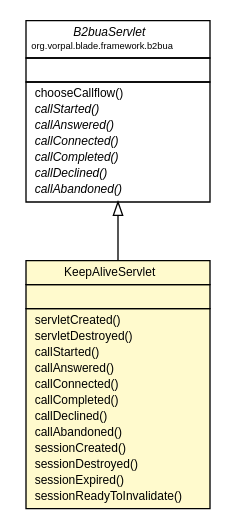
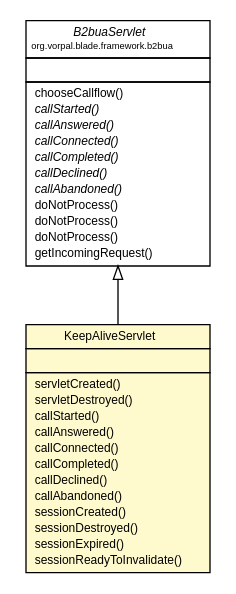
One commit to vorpalnet/vorpalnet.github.io changed the diagram in blade/vorpal-blade-keep-alive/org/vorpal/blade/services/keepalive/KeepAliveServlet.dot. Above: the diagram before and after it, drawn with Graphviz. The commit also changed 2723 other files, not shown here.

```diff
--- a/blade/vorpal-blade-keep-alive/org/vorpal/blade/services/keepalive/KeepAliveServlet.dot
+++ b/blade/vorpal-blade-keep-alive/org/vorpal/blade/services/keepalive/KeepAliveServlet.dot
@@ -1,56 +1,60 @@
 #!/usr/local/bin/dot
 #
 # Class diagram 
 # Generated by UMLGraph version 5.2 (http://www.umlgraph.org/)
 #
 
 digraph G {
 	edge [fontname="Helvetica",fontsize=10,labelfontname="Helvetica",labelfontsize=10];
 	node [fontname="Helvetica",fontsize=10,shape=plaintext];
 	nodesep=0.25;
 	ranksep=0.5;
 	// org.vorpal.blade.services.keepalive.KeepAliveServlet
-	c41 [label=<<table title="org.vorpal.blade.services.keepalive.KeepAliveServlet" border="0" cellborder="1" cellspacing="0" cellpadding="2" port="p" bgcolor="lemonChiffon" href="./KeepAliveServlet.html">
+	c42 [label=<<table title="org.vorpal.blade.services.keepalive.KeepAliveServlet" border="0" cellborder="1" cellspacing="0" cellpadding="2" port="p" bgcolor="lemonChiffon" href="./KeepAliveServlet.html">
 		<tr><td><table border="0" cellspacing="0" cellpadding="1">
 <tr><td align="center" balign="center"> KeepAliveServlet </td></tr>
 		</table></td></tr>
 		<tr><td><table border="0" cellspacing="0" cellpadding="1">
 <tr><td align="left" balign="left">  </td></tr>
 		</table></td></tr>
 		<tr><td><table border="0" cellspacing="0" cellpadding="1">
 <tr><td align="left" balign="left">  servletCreated() </td></tr>
 <tr><td align="left" balign="left">  servletDestroyed() </td></tr>
 <tr><td align="left" balign="left">  callStarted() </td></tr>
 <tr><td align="left" balign="left">  callAnswered() </td></tr>
 <tr><td align="left" balign="left">  callConnected() </td></tr>
 <tr><td align="left" balign="left">  callCompleted() </td></tr>
 <tr><td align="left" balign="left">  callDeclined() </td></tr>
 <tr><td align="left" balign="left">  callAbandoned() </td></tr>
 <tr><td align="left" balign="left">  sessionCreated() </td></tr>
 <tr><td align="left" balign="left">  sessionDestroyed() </td></tr>
 <tr><td align="left" balign="left">  sessionExpired() </td></tr>
 <tr><td align="left" balign="left">  sessionReadyToInvalidate() </td></tr>
 		</table></td></tr>
 		</table>>, fontname="Helvetica", fontcolor="black", fontsize=9.0];
 	//org.vorpal.blade.services.keepalive.KeepAliveServlet extends org.vorpal.blade.framework.b2bua.B2buaServlet
-	c48:p -> c41:p [dir=back,arrowtail=empty];
+	c49:p -> c42:p [dir=back,arrowtail=empty];
 	// org.vorpal.blade.framework.b2bua.B2buaServlet
-	c48 [label=<<table title="org.vorpal.blade.framework.b2bua.B2buaServlet" border="0" cellborder="1" cellspacing="0" cellpadding="2" port="p" href="http://java.sun.com/j2se/1.4.2/docs/api/org/vorpal/blade/framework/b2bua/B2buaServlet.html">
+	c49 [label=<<table title="org.vorpal.blade.framework.b2bua.B2buaServlet" border="0" cellborder="1" cellspacing="0" cellpadding="2" port="p" href="http://java.sun.com/j2se/1.4.2/docs/api/org/vorpal/blade/framework/b2bua/B2buaServlet.html">
 		<tr><td><table border="0" cellspacing="0" cellpadding="1">
 <tr><td align="center" balign="center"><font face="Helvetica-Oblique"> B2buaServlet </font></td></tr>
 <tr><td align="center" balign="center"><font point-size="7.0"> org.vorpal.blade.framework.b2bua </font></td></tr>
 		</table></td></tr>
 		<tr><td><table border="0" cellspacing="0" cellpadding="1">
 <tr><td align="left" balign="left">  </td></tr>
 		</table></td></tr>
 		<tr><td><table border="0" cellspacing="0" cellpadding="1">
 <tr><td align="left" balign="left">  chooseCallflow() </td></tr>
 <tr><td align="left" balign="left"><font face="Helvetica-Oblique" point-size="9.0">  callStarted() </font></td></tr>
 <tr><td align="left" balign="left"><font face="Helvetica-Oblique" point-size="9.0">  callAnswered() </font></td></tr>
 <tr><td align="left" balign="left"><font face="Helvetica-Oblique" point-size="9.0">  callConnected() </font></td></tr>
 <tr><td align="left" balign="left"><font face="Helvetica-Oblique" point-size="9.0">  callCompleted() </font></td></tr>
 <tr><td align="left" balign="left"><font face="Helvetica-Oblique" point-size="9.0">  callDeclined() </font></td></tr>
 <tr><td align="left" balign="left"><font face="Helvetica-Oblique" point-size="9.0">  callAbandoned() </font></td></tr>
+<tr><td align="left" balign="left">  doNotProcess() </td></tr>
+<tr><td align="left" balign="left">  doNotProcess() </td></tr>
+<tr><td align="left" balign="left">  doNotProcess() </td></tr>
+<tr><td align="left" balign="left">  getIncomingRequest() </td></tr>
 		</table></td></tr>
 		</table>>, fontname="Helvetica", fontcolor="black", fontsize=9.0];
 }
```
